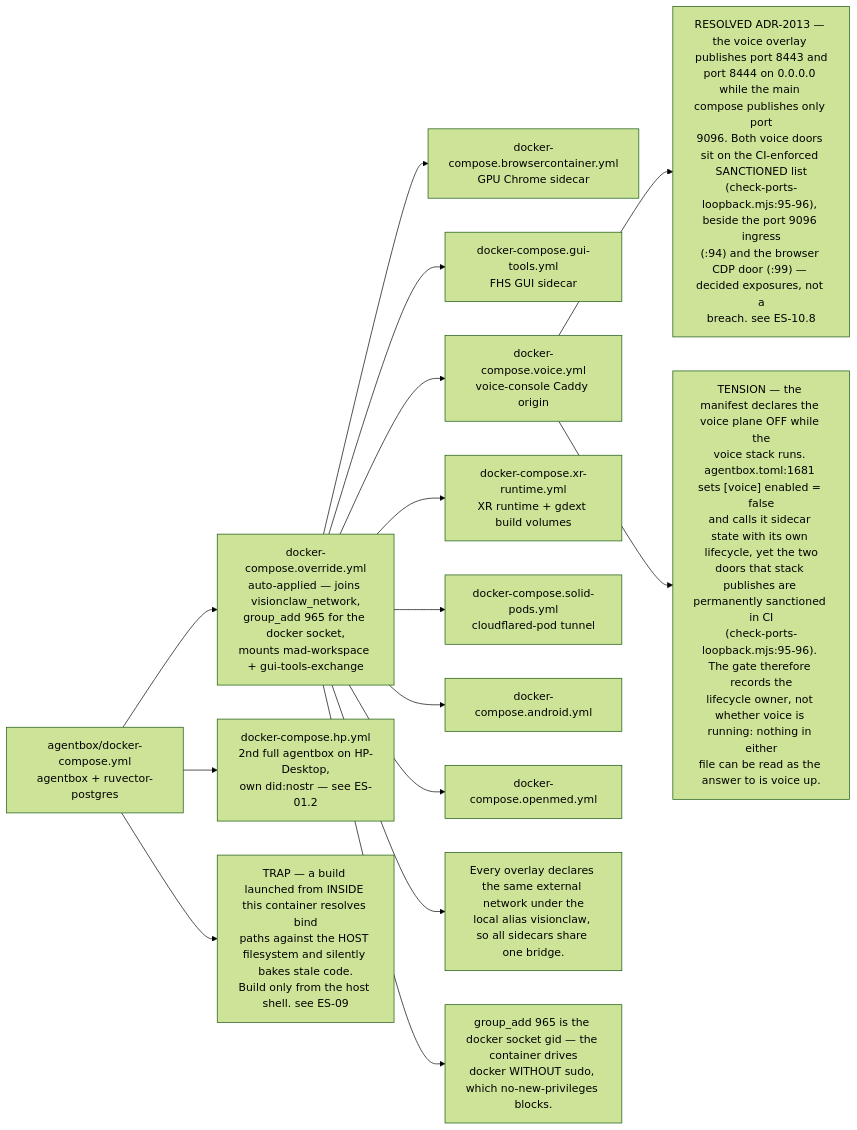
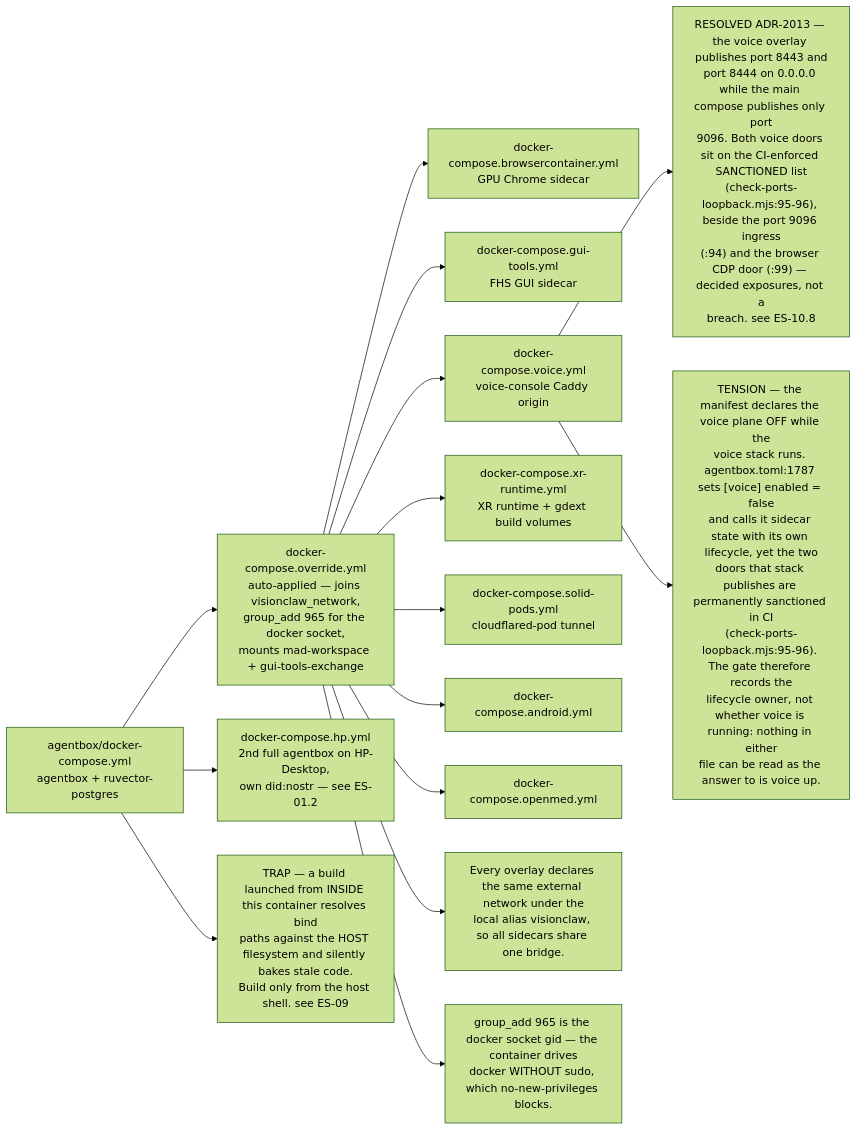
Before and after one commit to DreamLab-AI/VisionFlow: the fifth of 8 diagrams in docs/diagrams/estate/01-estate-topology.md, drawn with Mermaid (forest theme). The commit also changed other lines of this file and 94 other files, not shown here.

First line of the commit message:
docs(diagrams): re-verify 130 topics against 2 October HEADs

````diff
--- a/docs/diagrams/estate/01-estate-topology.md
+++ b/docs/diagrams/estate/01-estate-topology.md
@@ -204,35 +205,35 @@
 ```mermaid
 flowchart LR
     BASE["agentbox/docker-compose.yml<br/>agentbox + ruvector-postgres"]
     OV["docker-compose.override.yml<br/>auto-applied — joins visionclaw_network,<br/>group_add 965 for the docker socket,<br/>mounts mad-workspace + gui-tools-exchange"]
     HP["docker-compose.hp.yml<br/>2nd full agentbox on HP-Desktop,<br/>own did:nostr — see ES-01.2"]
     BCF["docker-compose.browsercontainer.yml<br/>GPU Chrome sidecar"]
     GTF["docker-compose.gui-tools.yml<br/>FHS GUI sidecar"]
     VF["docker-compose.voice.yml<br/>voice-console Caddy origin"]
     XF["docker-compose.xr-runtime.yml<br/>XR runtime + gdext build volumes"]
     SPF["docker-compose.solid-pods.yml<br/>cloudflared-pod tunnel"]
     ANF["docker-compose.android.yml"]
     OMF["docker-compose.openmed.yml"]
 
     BASE --> OV
     OV --> BCF
     OV --> GTF
     OV --> VF
     OV --> XF
     OV --> SPF
     OV --> ANF
     OV --> OMF
     BASE --> HP
 
     N1["Every overlay declares the same external network under the<br/>local alias visionclaw, so all sidecars share one bridge."]
     N2["group_add 965 is the docker socket gid — the container drives<br/>docker WITHOUT sudo, which no-new-privileges blocks."]
     D1["RESOLVED ADR-2013 — the voice overlay publishes port 8443 and<br/>port 8444 on 0.0.0.0 while the main compose publishes only port<br/>9096. Both voice doors sit on the CI-enforced SANCTIONED list<br/>(check-ports-loopback.mjs:95-96), beside the port 9096 ingress<br/>(:94) and the browser CDP door (:99) — decided exposures, not a<br/>breach. see ES-10.8"]
-    D3["TENSION — the manifest declares the voice plane OFF while the<br/>voice stack runs. agentbox.toml:1681 sets [voice] enabled = false<br/>and calls it sidecar state with its own lifecycle, yet the two<br/>doors that stack publishes are permanently sanctioned in CI<br/>(check-ports-loopback.mjs:95-96). The gate therefore records the<br/>lifecycle owner, not whether voice is running: nothing in either<br/>file can be read as the answer to is voice up."]
+    D3["TENSION — the manifest declares the voice plane OFF while the<br/>voice stack runs. agentbox.toml:1787 sets [voice] enabled = false<br/>and calls it sidecar state with its own lifecycle, yet the two<br/>doors that stack publishes are permanently sanctioned in CI<br/>(check-ports-loopback.mjs:95-96). The gate therefore records the<br/>lifecycle owner, not whether voice is running: nothing in either<br/>file can be read as the answer to is voice up."]
     D2["TRAP — a build launched from INSIDE this container resolves bind<br/>paths against the HOST filesystem and silently bakes stale code.<br/>Build only from the host shell. see ES-09"]
 
     OV --> N1
     OV --> N2
     VF --> D1
     VF --> D3
     BASE --> D2
 ```
````
